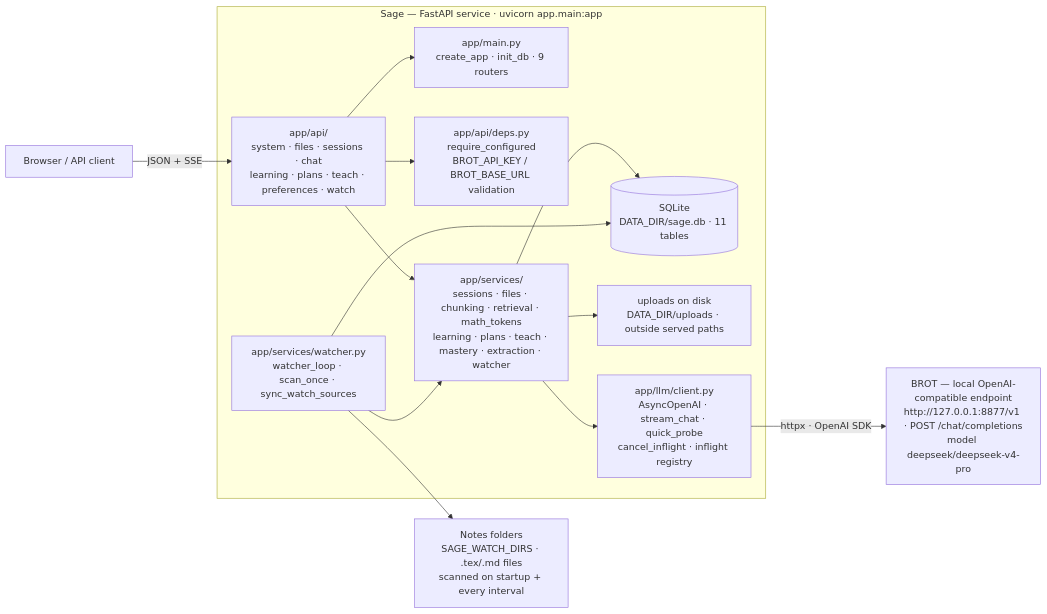
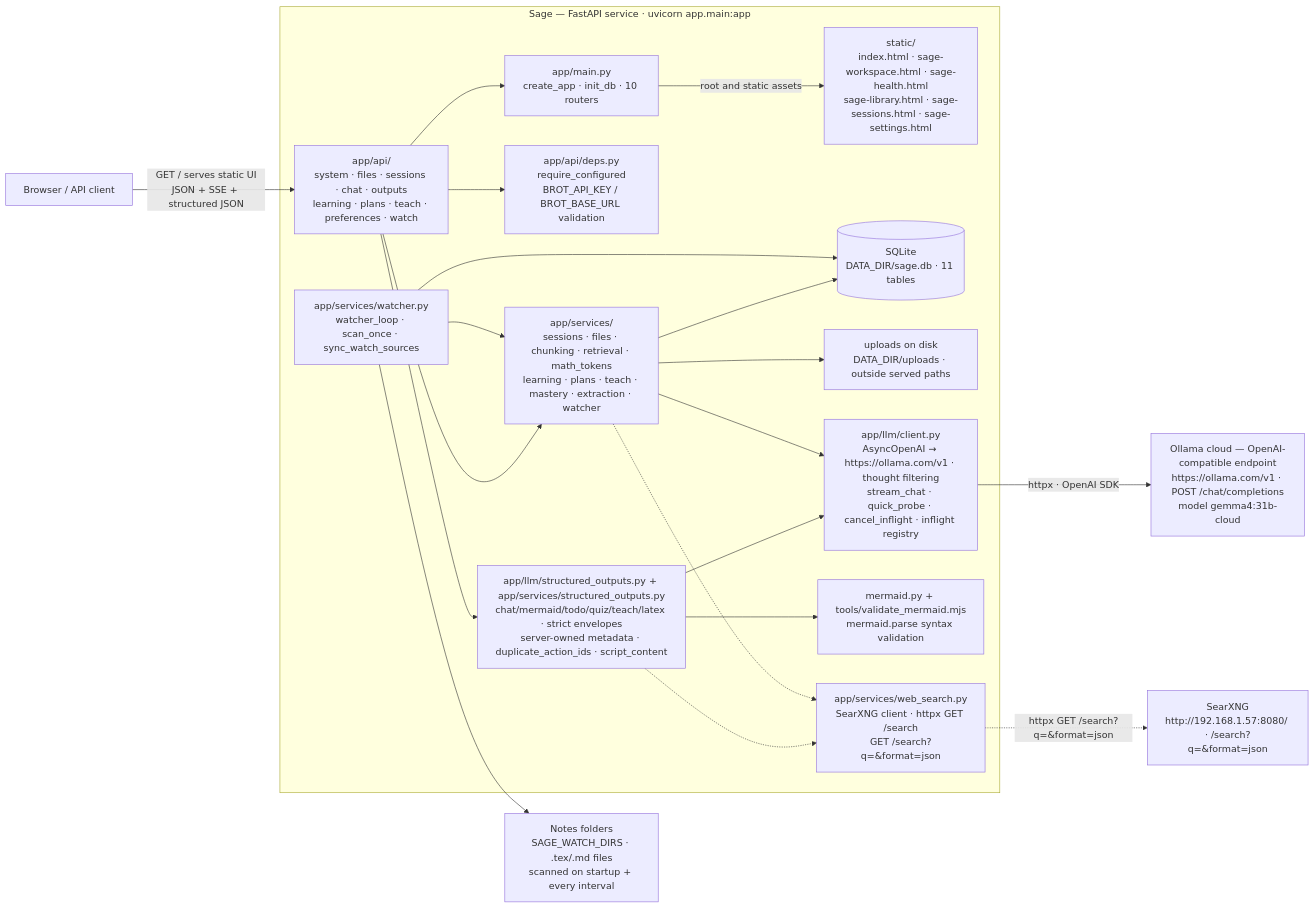
Before and after one commit to totallynotbrent/Sage: the first of 5 diagrams in README.md, drawn with Mermaid. The commit also changed other lines of this file and 150 other files, not shown here.

````diff
--- a/README.md
+++ b/README.md
@@ -86,28 +101,40 @@
 ```mermaid
 flowchart LR
-    CLIENT["Browser / API client"] -->|"JSON + SSE"| API
-    B["BROT — local OpenAI-compatible endpoint<br/>http://127.0.0.1:8877/v1 · POST /chat/completions<br/>model deepseek/deepseek-v4-pro"]
+    CLIENT["Browser / API client"] -->|"GET / serves static UI<br/>JSON + SSE + structured JSON"| API
+    B["Ollama cloud — OpenAI-compatible endpoint<br/>https://ollama.com/v1 · POST /chat/completions<br/>model gemma4:31b-cloud"]
+    SEARXNG["SearXNG<br/>http://192.168.1.57:8080/ · /search?q=&format=json"]
 
     subgraph APP["Sage — FastAPI service · uvicorn app.main:app"]
-        MAIN["app/main.py<br/>create_app · init_db · 9 routers"]
-        API["app/api/<br/>system · files · sessions · chat<br/>learning · plans · teach · preferences · watch"]
+        MAIN["app/main.py<br/>create_app · init_db · 10 routers"]
+        UI["static/<br/>index.html · sage-workspace.html · sage-health.html<br/>sage-library.html · sage-sessions.html · sage-settings.html"]
+        API["app/api/<br/>system · files · sessions · chat · outputs<br/>learning · plans · teach · preferences · watch"]
         DEPS["app/api/deps.py<br/>require_configured<br/>BROT_API_KEY / BROT_BASE_URL validation"]
         SVC["app/services/<br/>sessions · files · chunking · retrieval · math_tokens<br/>learning · plans · teach · mastery · extraction · watcher"]
         WATCH["app/services/watcher.py<br/>watcher_loop · scan_once · sync_watch_sources"]
         DB[("SQLite<br/>DATA_DIR/sage.db · 11 tables")]
         UP["uploads on disk<br/>DATA_DIR/uploads · outside served paths"]
-        LLM["app/llm/client.py<br/>AsyncOpenAI · stream_chat · quick_probe<br/>cancel_inflight · inflight registry"]
+        LLM["app/llm/client.py<br/>AsyncOpenAI → https://ollama.com/v1 · thought filtering<br/>stream_chat · quick_probe · cancel_inflight · inflight registry"]
+        STRUCT["app/llm/structured_outputs.py + app/services/structured_outputs.py<br/>chat/mermaid/todo/quiz/teach/latex · strict envelopes<br/>server-owned metadata · duplicate_action_ids · script_content"]
+        MERMAID["mermaid.py + tools/validate_mermaid.mjs<br/>mermaid.parse syntax validation"]
+        WEBSEARCH["app/services/web_search.py<br/>SearXNG client · httpx GET /search<br/>GET /search?q=&format=json"]
     end
     NOTES["Notes folders<br/>SAGE_WATCH_DIRS · .tex/.md files<br/>scanned on startup + every interval"]
 
     API --> MAIN
+    MAIN -->|"root and static assets"| UI
     API --> DEPS
     API --> SVC
+    API --> STRUCT
+    STRUCT --> MERMAID
+    STRUCT --> LLM
+    STRUCT -.-> WEBSEARCH
     SVC --> DB
     SVC --> UP
     SVC --> LLM
+    SVC -.-> WEBSEARCH
+    WEBSEARCH -.->|"httpx GET /search?q=&format=json"| SEARXNG
     WATCH --> NOTES
     WATCH --> DB
     WATCH --> SVC
     LLM -->|"httpx · OpenAI SDK"| B
 ```
````
